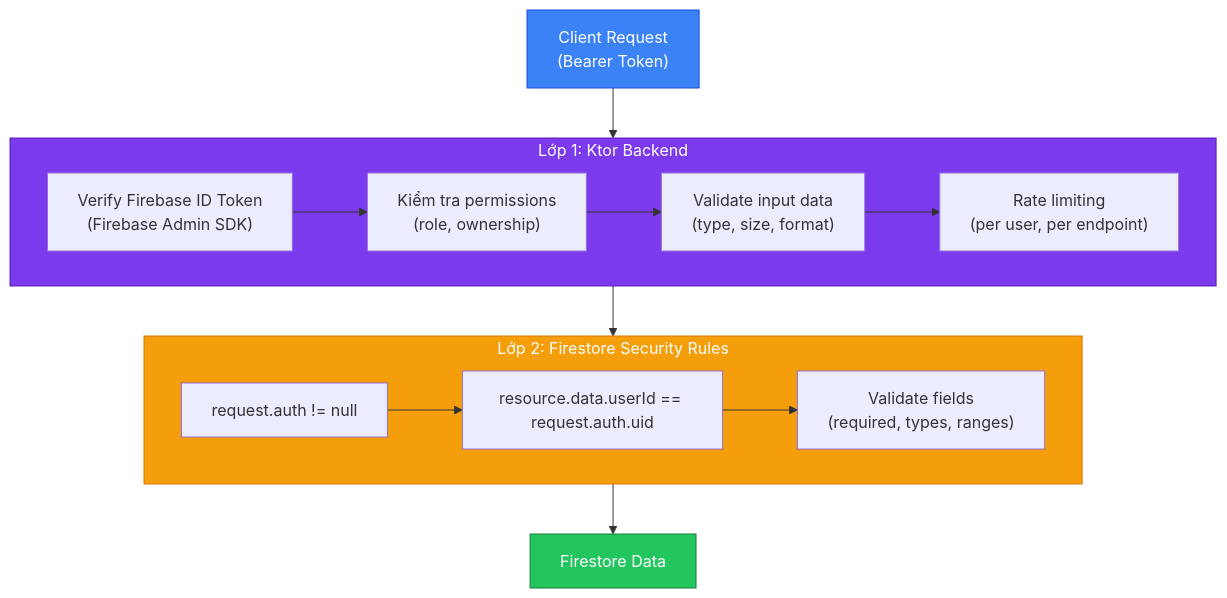
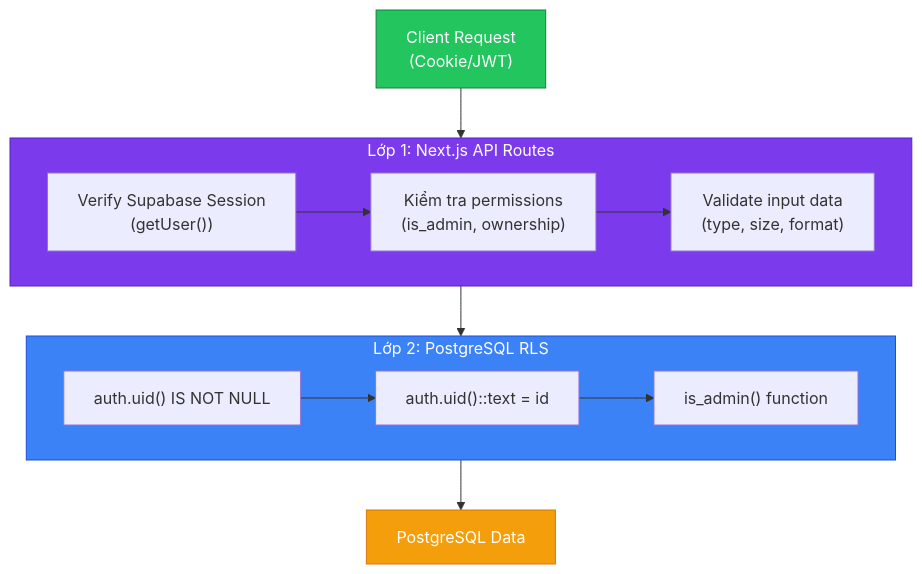
Before and after one commit to iAmHieu2012/Sequoia: the fifth of 5 diagrams in docs/design/architecture.md, drawn with Mermaid. The commit also changed other lines of this file and 14 other files, not shown here.

````diff
--- a/docs/design/architecture.md
+++ b/docs/design/architecture.md
@@ -324,30 +257,29 @@
 ```mermaid
 graph TB
-    CLIENT["Client Request<br/>(Bearer Token)"] --> KTOR_LAYER
+    CLIENT["Client Request<br/>(Cookie/JWT)"] --> API_LAYER
 
-    subgraph KTOR_LAYER["Lớp 1: Ktor Backend"]
-        VERIFY["Verify Firebase ID Token<br/>(Firebase Admin SDK)"]
-        PERMISSION["Kiểm tra permissions<br/>(role, ownership)"]
+    subgraph API_LAYER["Lớp 1: Next.js API Routes"]
+        VERIFY["Verify Supabase Session<br/>(getUser())"]
+        PERMISSION["Kiểm tra permissions<br/>(is_admin, ownership)"]
         VALIDATE["Validate input data<br/>(type, size, format)"]
-        RATE_LIMIT["Rate limiting<br/>(per user, per endpoint)"]
         
-        VERIFY --> PERMISSION --> VALIDATE --> RATE_LIMIT
+        VERIFY --> PERMISSION --> VALIDATE
     end
 
-    KTOR_LAYER --> FIRESTORE_LAYER
+    API_LAYER --> RLS_LAYER
 
-    subgraph FIRESTORE_LAYER["Lớp 2: Firestore Security Rules"]
-        AUTH_CHECK["request.auth != null"]
-        OWNER_CHECK["resource.data.userId == request.auth.uid"]
-        FIELD_CHECK["Validate fields<br/>(required, types, ranges)"]
+    subgraph RLS_LAYER["Lớp 2: PostgreSQL RLS"]
+        AUTH_CHECK["auth.uid() IS NOT NULL"]
+        OWNER_CHECK["auth.uid()::text = id"]
+        ADMIN_CHECK["is_admin() function"]
         
-        AUTH_CHECK --> OWNER_CHECK --> FIELD_CHECK
+        AUTH_CHECK --> OWNER_CHECK --> ADMIN_CHECK
     end
 
-    FIRESTORE_LAYER --> DATA["Firestore Data"]
+    RLS_LAYER --> DATA["PostgreSQL Data"]
 
-    style KTOR_LAYER fill:#7c3aed,stroke:#5b21b6,color:#fff
-    style FIRESTORE_LAYER fill:#f59e0b,stroke:#d97706,color:#fff
-    style CLIENT fill:#3b82f6,stroke:#1d4ed8,color:#fff
-    style DATA fill:#22c55e,stroke:#15803d,color:#fff
+    style API_LAYER fill:#7c3aed,stroke:#5b21b6,color:#fff
+    style RLS_LAYER fill:#3b82f6,stroke:#1d4ed8,color:#fff
+    style CLIENT fill:#22c55e,stroke:#15803d,color:#fff
+    style DATA fill:#f59e0b,stroke:#d97706,color:#fff
 ```
````
